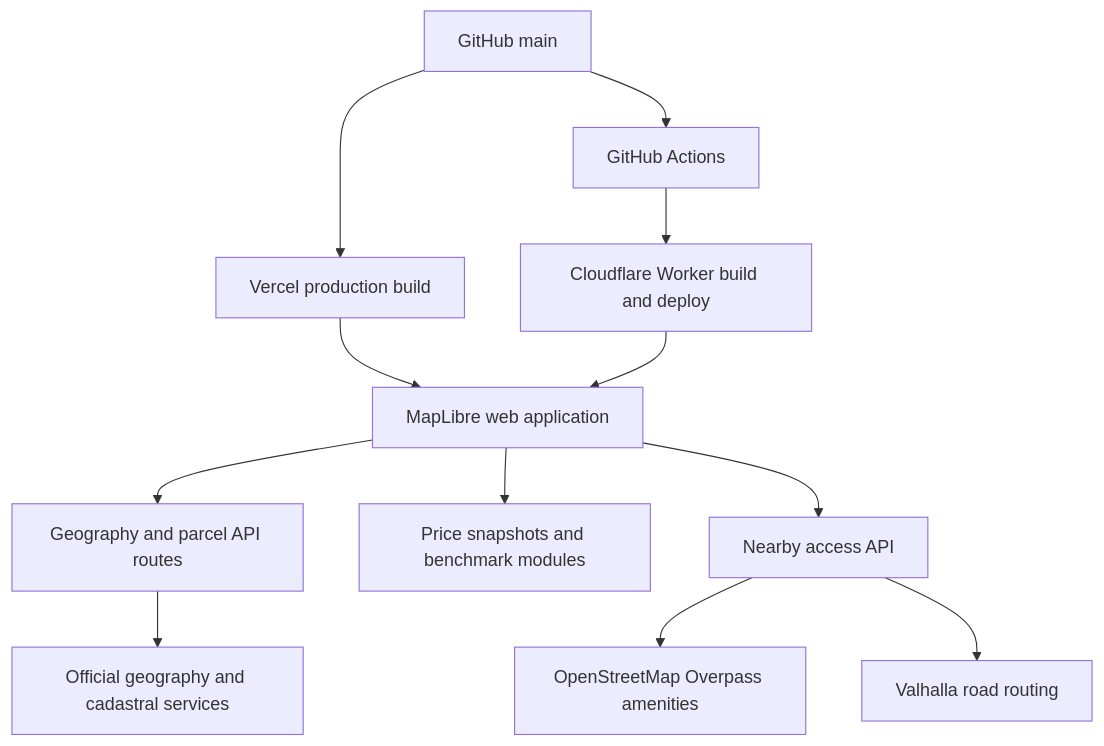
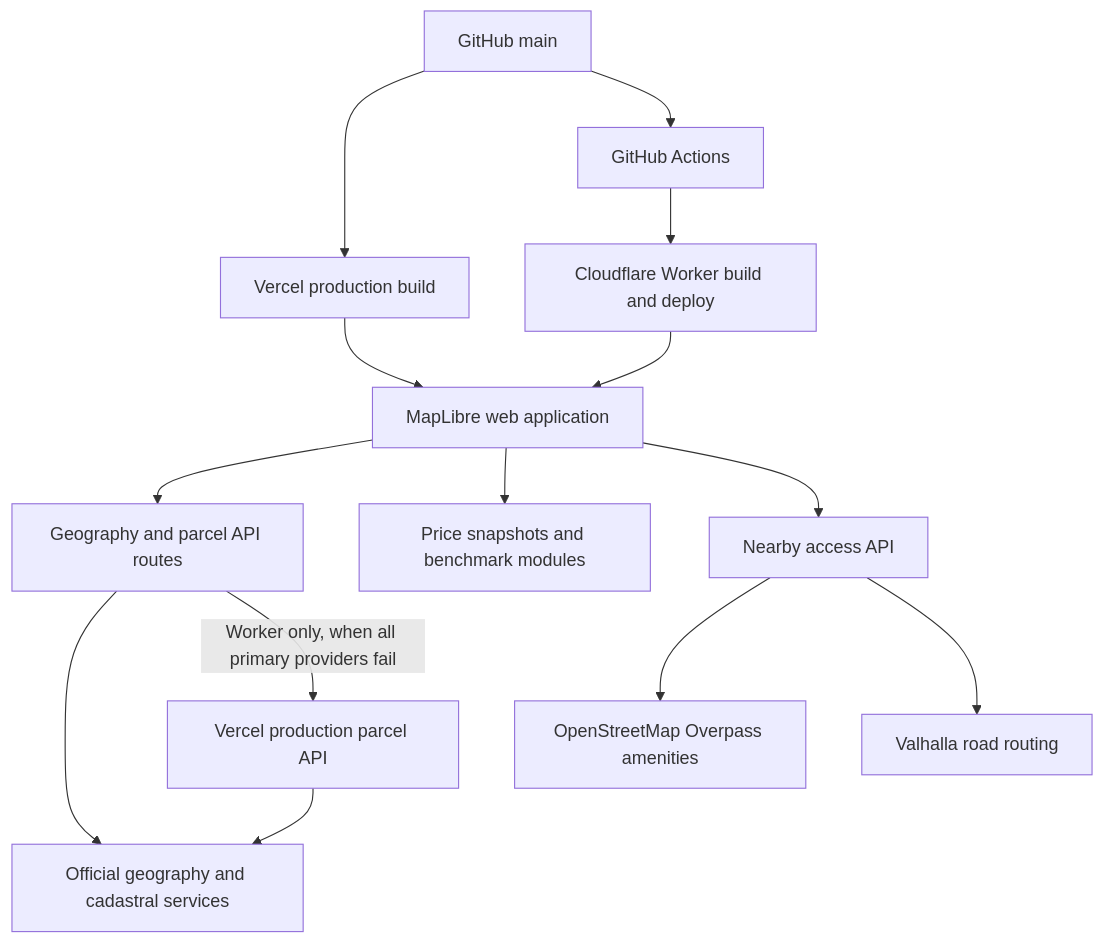
Before and after one commit to Onielq/african-zillow-: the first of 2 diagrams in docs/ARCHITECTURE.md, drawn with Mermaid. The commit also changed other lines of this file and 4 other files, not shown here.

First line of the commit message:
Add Cloudflare-only Vercel parcel geometry failover

```diff
--- a/docs/ARCHITECTURE.md
+++ b/docs/ARCHITECTURE.md
@@ -7,14 +7,16 @@
 ~~~mermaid
 flowchart TD
   GH[GitHub main] --> V[Vercel production build]
   GH --> GA[GitHub Actions]
   GA --> CF[Cloudflare Worker build and deploy]
   V --> UI[MapLibre web application]
   CF --> UI
   UI --> API[Geography and parcel API routes]
   API --> GEO[Official geography and cadastral services]
+  API -- "Worker only, when all primary providers fail" --> VP[Vercel production parcel API]
+  VP --> GEO
   UI --> REF[Price snapshots and benchmark modules]
   UI --> ACCESS[Nearby access API]
   ACCESS --> OSM[OpenStreetMap Overpass amenities]
   ACCESS --> VAL[Valhalla road routing]
 ~~~
```
